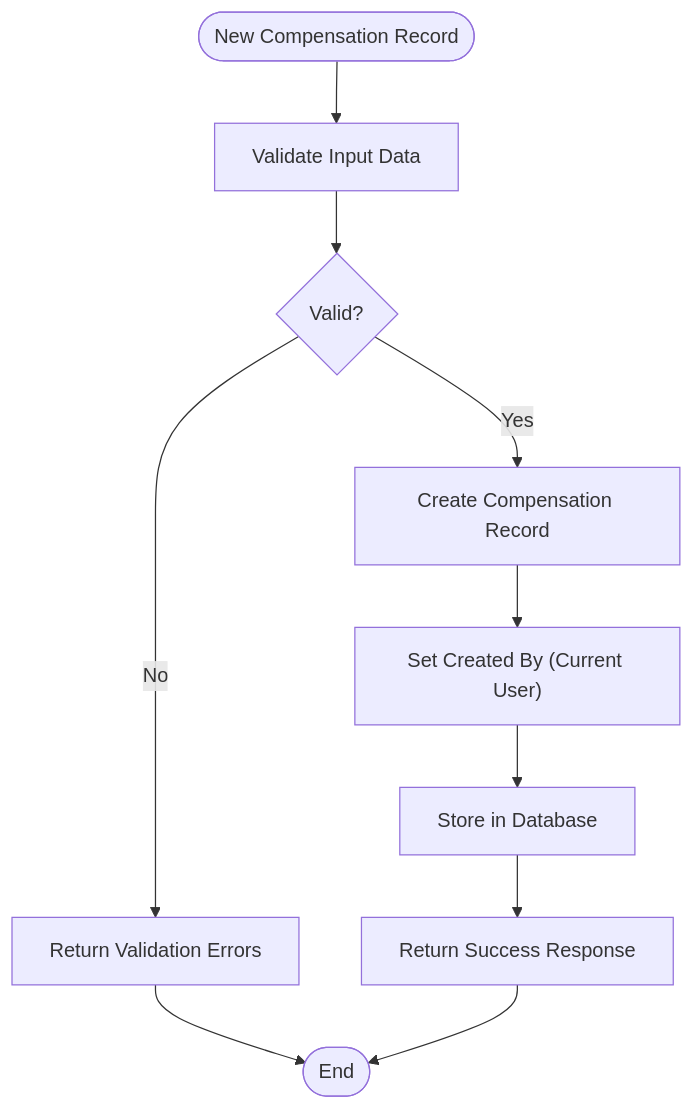
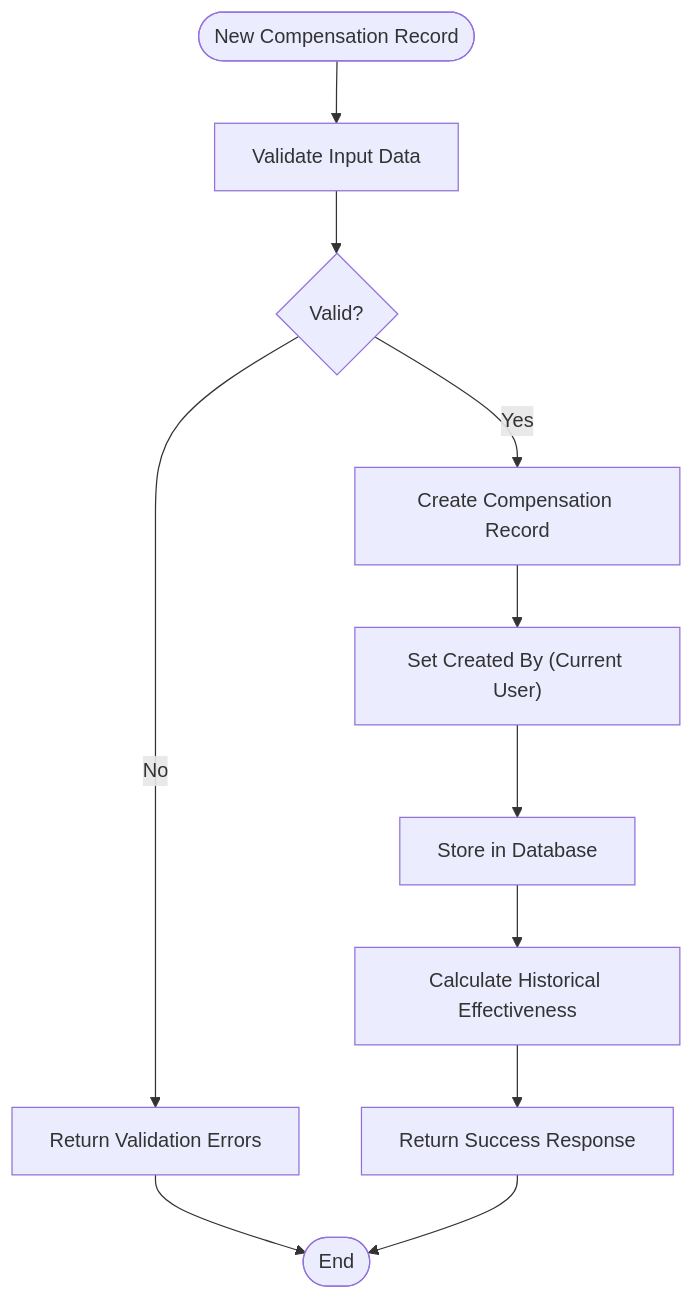
One commit to vincet0t15/template changed the fifth of 19 diagrams in .qoder/repowiki/en/content/Employee Management/Employee Compensation Management.md. Above: the diagram before and after it, drawn with Mermaid. The commit also changed other lines of this file and 11 other files, not shown here.

````diff
--- a/.qoder/repowiki/en/content/Employee Management/Employee Compensation Management.md
+++ b/.qoder/repowiki/en/content/Employee Management/Employee Compensation Management.md
@@ -340,12 +356,13 @@
 ```mermaid
 flowchart TD
 Start([New Compensation Record]) --> Validate["Validate Input Data"]
 Validate --> Valid{"Valid?"}
 Valid --> |No| Error["Return Validation Errors"]
 Valid --> |Yes| Create["Create Compensation Record"]
 Create --> Audit["Set Created By (Current User)"]
 Audit --> Store["Store in Database"]
-Store --> Success["Return Success Response"]
+Store --> HistoricalCalc["Calculate Historical Effectiveness"]
+HistoricalCalc --> Success["Return Success Response"]
 Error --> End([End])
 Success --> End
 ```
````
